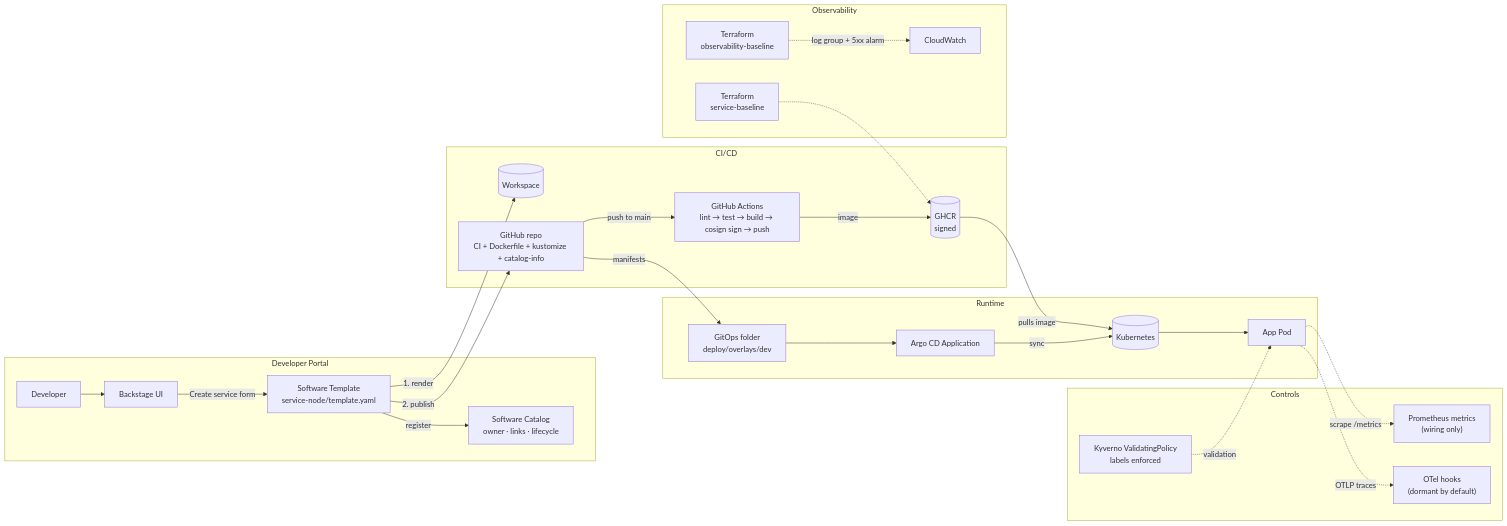
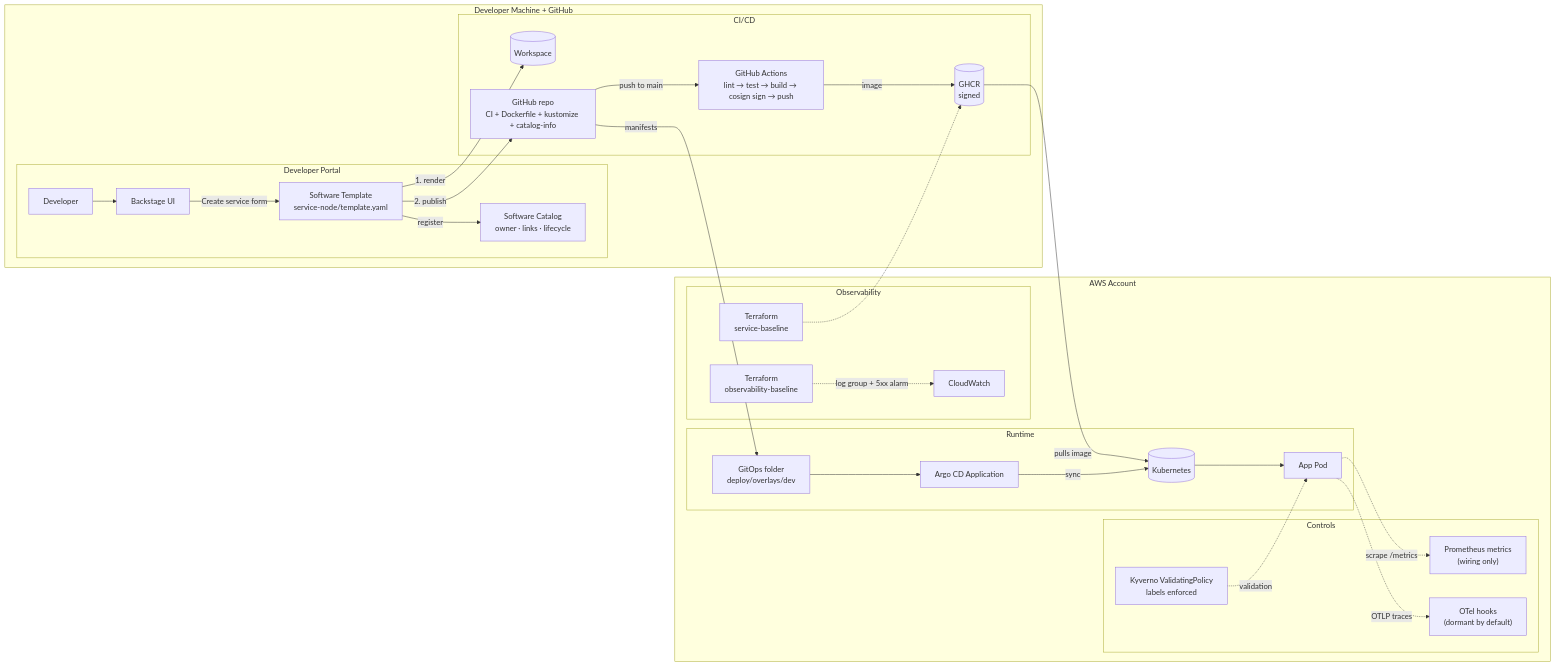
Before and after one commit to OtowoSamuel/idp-golden-path: the diagram in docs/architecture.md, drawn with Mermaid.

Commit message:
Fix architecture diagram: Platform is not in AWS
- Developer Portal + CI/CD grouped under 'Developer Machine + GitHub'
  (Backstage runs locally, Actions/GHCR run on GitHub)
- Runtime + Controls + Observability grouped under 'AWS Account'
- Only EKS, ECR, CloudWatch are actually in AWS

````diff
--- a/docs/architecture.md
+++ b/docs/architecture.md
@@ -3,34 +3,38 @@
 ```mermaid
 flowchart LR
-    subgraph portal["Developer Portal"]
-        dev[Developer] --> ui[Backstage UI]
-        ui -->|"Create service form"| tpl["Software Template<br/>service-node/template.yaml"]
-        tpl -->|"register"| cat[Software Catalog<br/>owner · links · lifecycle]
+    subgraph platform["Developer Machine + GitHub"]
+        subgraph portal["Developer Portal"]
+            dev[Developer] --> ui[Backstage UI]
+            ui -->|"Create service form"| tpl["Software Template<br/>service-node/template.yaml"]
+            tpl -->|"register"| cat[Software Catalog<br/>owner · links · lifecycle]
+        end
+
+        subgraph cicd["CI/CD"]
+            tpl -->|"1. render"| ws[(Workspace)]
+            tpl -->|"2. publish"| gh[GitHub repo<br/>CI + Dockerfile + kustomize + catalog-info]
+            gh -->|"push to main"| ci["GitHub Actions<br/>lint → test → build → cosign sign → push"]
+            ci -->|image| ghcr[(GHCR<br/>signed)]
+        end
     end
 
-    subgraph cicd["CI/CD"]
-        tpl -->|"1. render"| ws[(Workspace)]
-        tpl -->|"2. publish"| gh[GitHub repo<br/>CI + Dockerfile + kustomize + catalog-info]
-        gh -->|"push to main"| ci["GitHub Actions<br/>lint → test → build → cosign sign → push"]
-        ci -->|image| ghcr[(GHCR<br/>signed)]
-    end
+    subgraph aws["AWS Account"]
+        subgraph runtime["Runtime"]
+            gh -->|manifests| gitops[GitOps folder<br/>deploy/overlays/dev]
+            gitops --> argo[Argo CD Application]
+            argo -->|"sync"| k8s[(Kubernetes)]
+            ghcr -->|"pulls image"| k8s
+            k8s --> pod[App Pod]
+        end
 
-    subgraph runtime["Runtime"]
-        gh -->|manifests| gitops[GitOps folder<br/>deploy/overlays/dev]
-        gitops --> argo[Argo CD Application]
-        argo -->|"sync"| k8s[(Kubernetes)]
-        ghcr -->|"pulls image"| k8s
-        k8s --> pod[App Pod]
-    end
+        subgraph controls["Controls"]
+            kyverno["Kyverno ValidatingPolicy<br/>labels enforced"] -.->|validation| pod
+            pod -.->|"scrape /metrics"| prom["Prometheus metrics<br/>(wiring only)"]
+            pod -.->|"OTLP traces"| otel["OTel hooks<br/>(dormant by default)"]
+        end
 
-    subgraph controls["Controls"]
-        kyverno["Kyverno ValidatingPolicy<br/>labels enforced"] -.->|validation| pod
-        pod -.->|"scrape /metrics"| prom["Prometheus metrics<br/>(wiring only)"]
-        pod -.->|"OTLP traces"| otel["OTel hooks<br/>(dormant by default)"]
-    end
-
-    subgraph observability["Observability"]
-        tf1["Terraform<br/>service-baseline"] -.-> ghcr
-        tf2["Terraform<br/>observability-baseline"] -.->|"log group + 5xx alarm"| cw["CloudWatch"]
+        subgraph observability["Observability"]
+            tf1["Terraform<br/>service-baseline"] -.-> ghcr
+            tf2["Terraform<br/>observability-baseline"] -.->|"log group + 5xx alarm"| cw["CloudWatch"]
+        end
     end
 ```
````
